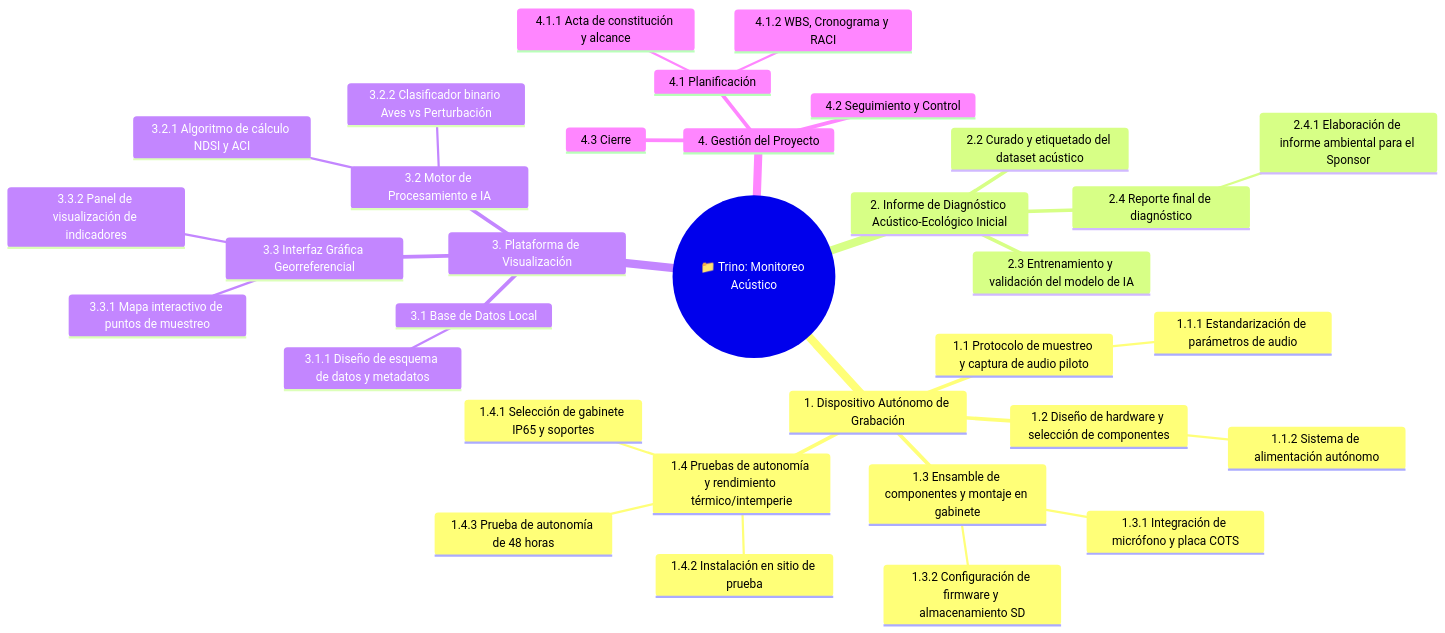
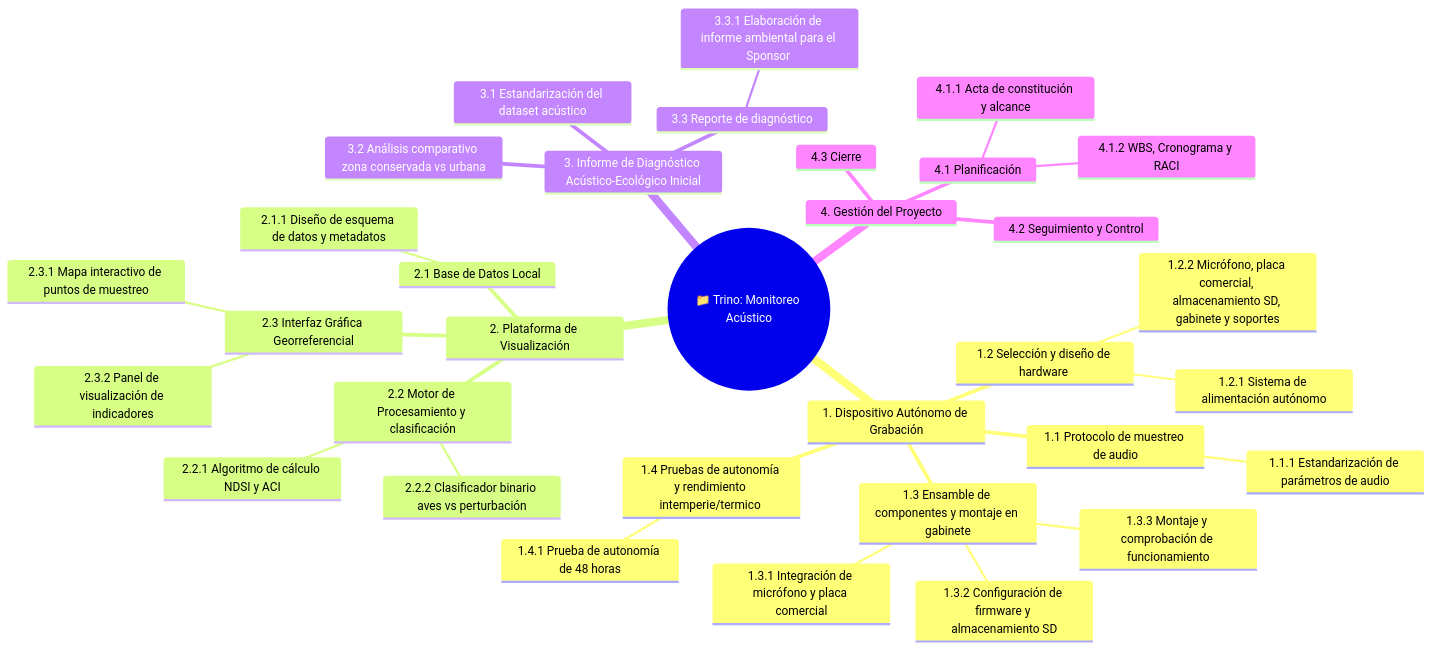
One commit to fatimalunazzz/GestionProyecto changed the diagram in wbs.md. Above: the diagram before and after it, drawn with Mermaid. The commit also changed other lines of this file, not shown here.

Commit message:
edicion de tareas en wbs

````diff
--- a/wbs.md
+++ b/wbs.md
@@ -5,36 +5,36 @@
 ```mermaid
 mindmap
   root(("📁 Trino: Monitoreo Acústico"))
     1. Dispositivo Autónomo de Grabación
-      1.1 Protocolo de muestreo y captura de audio piloto
+      1.1 Protocolo de muestreo de audio
         1.1.1 Estandarización de parámetros de audio
-      1.2 Diseño de hardware y selección de componentes
-        1.1.2 Sistema de alimentación autónomo
+      1.2 Selección y diseño de hardware 
+        1.2.1 Sistema de alimentación autónomo
+        1.2.2 Micrófono, placa comercial, almacenamiento SD, gabinete y soportes
       1.3 Ensamble de componentes y montaje en gabinete
-        1.3.1 Integración de micrófono y placa COTS
+        1.3.1 Integración de micrófono y placa comercial
         1.3.2 Configuración de firmware y almacenamiento SD
-      1.4 Pruebas de autonomía y rendimiento térmico/intemperie
-        1.4.1 Selección de gabinete IP65 y soportes
-        1.4.2 Instalación en sitio de prueba
-        1.4.3 Prueba de autonomía de 48 horas
-    2. Informe de Diagnóstico Acústico-Ecológico Inicial
-      2.2 Curado y etiquetado del dataset acústico
-      2.3 Entrenamiento y validación del modelo de IA
-      2.4 Reporte final de diagnóstico
-        2.4.1 Elaboración de informe ambiental para el Sponsor
-    3. Plataforma de Visualización
-      3.1 Base de Datos Local
-        3.1.1 Diseño de esquema de datos y metadatos
-      3.2 Motor de Procesamiento e IA
-        3.2.1 Algoritmo de cálculo NDSI y ACI
-        3.2.2 Clasificador binario Aves vs Perturbación
-      3.3 Interfaz Gráfica Georreferencial
-        3.3.1 Mapa interactivo de puntos de muestreo
-        3.3.2 Panel de visualización de indicadores
+        1.3.3 Montaje y comprobación de funcionamiento
+      1.4 Pruebas de autonomía y rendimiento intemperie/termico 
+        1.4.1 Prueba de autonomía de 48 horas
+    2. Plataforma de Visualización
+      2.1 Base de Datos Local
+        2.1.1 Diseño de esquema de datos y metadatos
+      2.2 Motor de Procesamiento y clasificación
+        2.2.1 Algoritmo de cálculo NDSI y ACI
+        2.2.2 Clasificador binario aves vs perturbación
+      2.3 Interfaz Gráfica Georreferencial
+        2.3.1 Mapa interactivo de puntos de muestreo
+        2.3.2 Panel de visualización de indicadores
+    3. Informe de Diagnóstico Acústico-Ecológico Inicial
+      3.1 Estandarización del dataset acústico
+      3.2 Análisis comparativo zona conservada vs urbana
+      3.3 Reporte de diagnóstico
+        3.3.1 Elaboración de informe ambiental para el Sponsor 
     4. Gestión del Proyecto
       4.1 Planificación
         4.1.1 Acta de constitución y alcance
         4.1.2 WBS, Cronograma y RACI
       4.2 Seguimiento y Control
       4.3 Cierre
 ```
````
